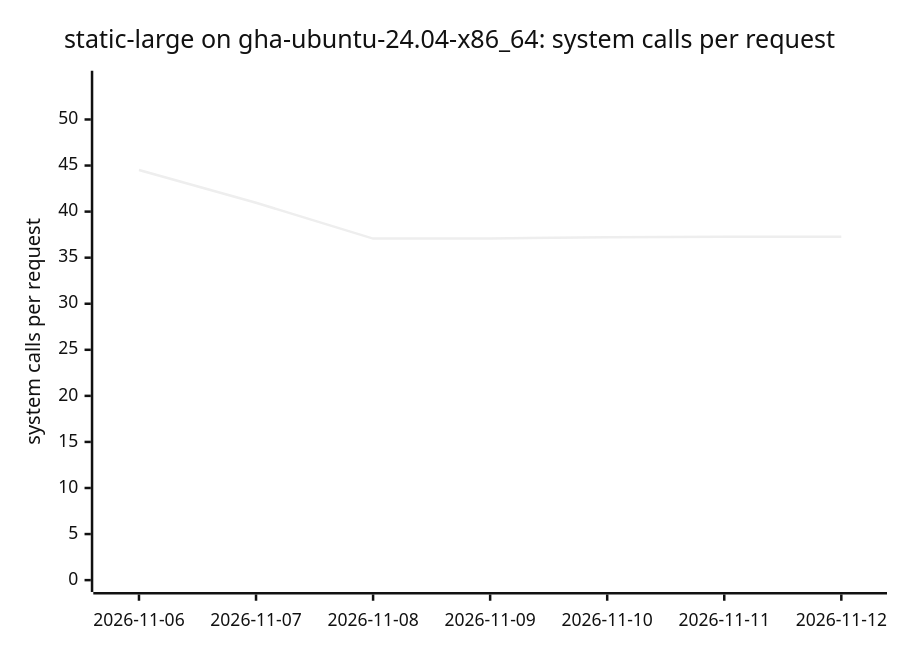
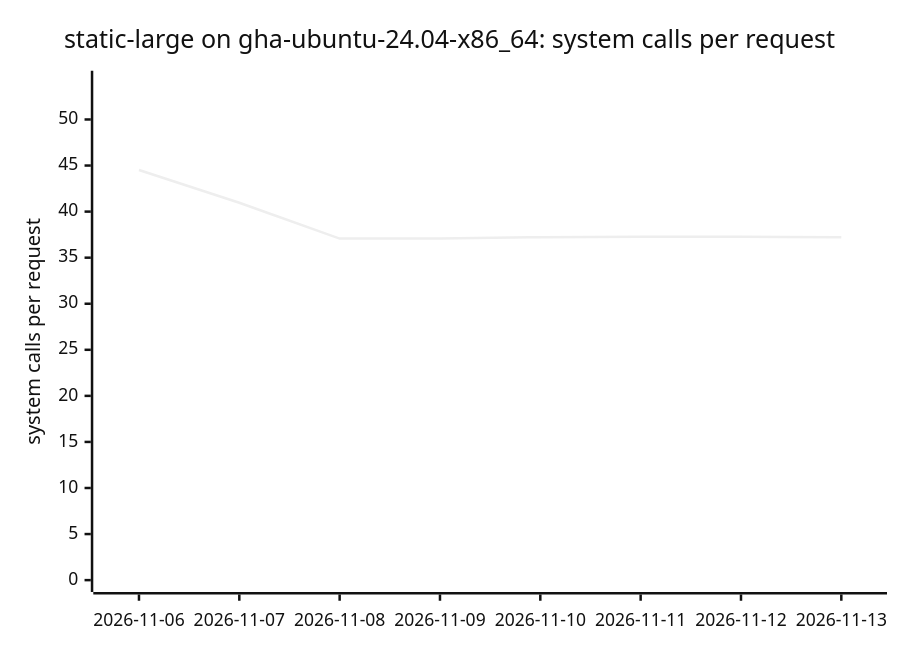
Diagram 11 of 18 in BENCHMARKS.md (ThePixelPilgrim/durchlauferhitzer), drawn with Mermaid (neutral theme) before and after one commit. The commit also changed other lines of this file and 1 other file, not shown here.

````diff
--- a/BENCHMARKS.md
+++ b/BENCHMARKS.md
@@ -128,7 +128,7 @@
 ```mermaid
 xychart-beta
   title "static-large on gha-ubuntu-24.04-x86_64: system calls per request"
-  x-axis ["2026-11-06", "2026-11-07", "2026-11-08", "2026-11-09", "2026-11-10", "2026-11-11", "2026-11-12"]
+  x-axis ["2026-11-06", "2026-11-07", "2026-11-08", "2026-11-09", "2026-11-10", "2026-11-11", "2026-11-12", "2026-11-13"]
   y-axis "system calls per request" 0 --> 54
-  line [44.52, 40.96, 37.07, 37.09, 37.22, 37.28, 37.27]
+  line [44.52, 40.96, 37.07, 37.09, 37.22, 37.28, 37.27, 37.23]
 ```
````
